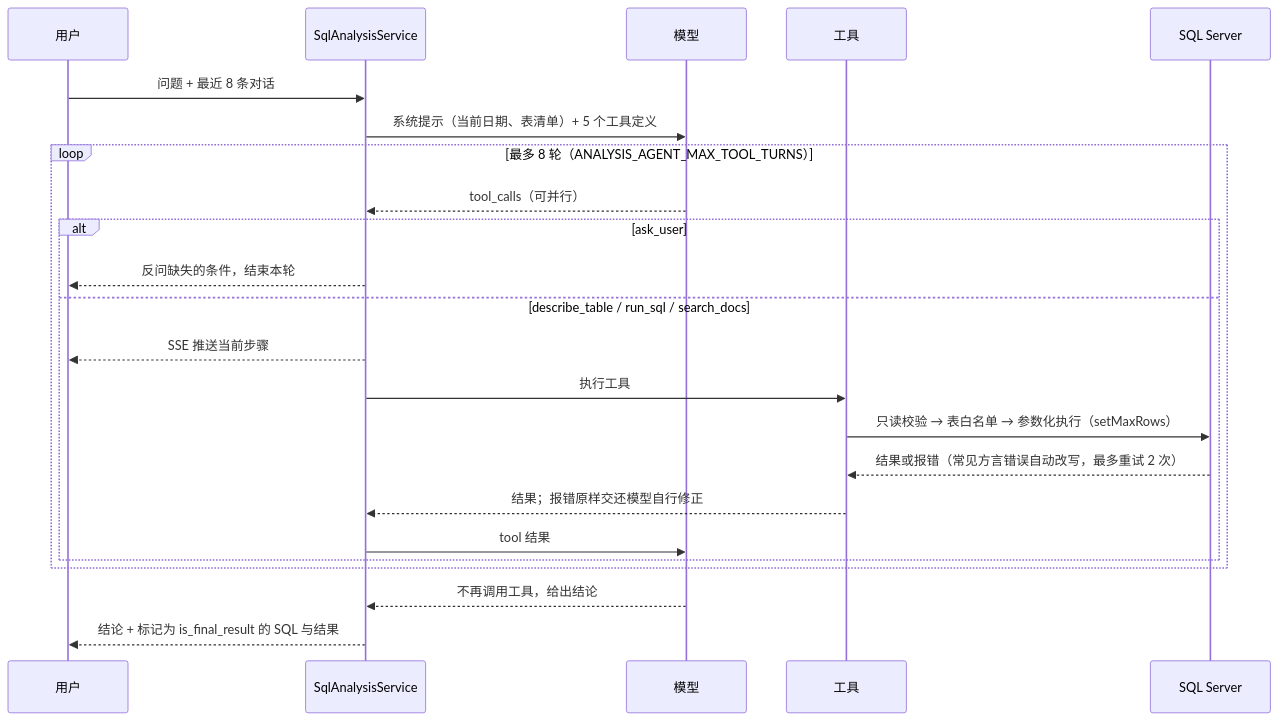
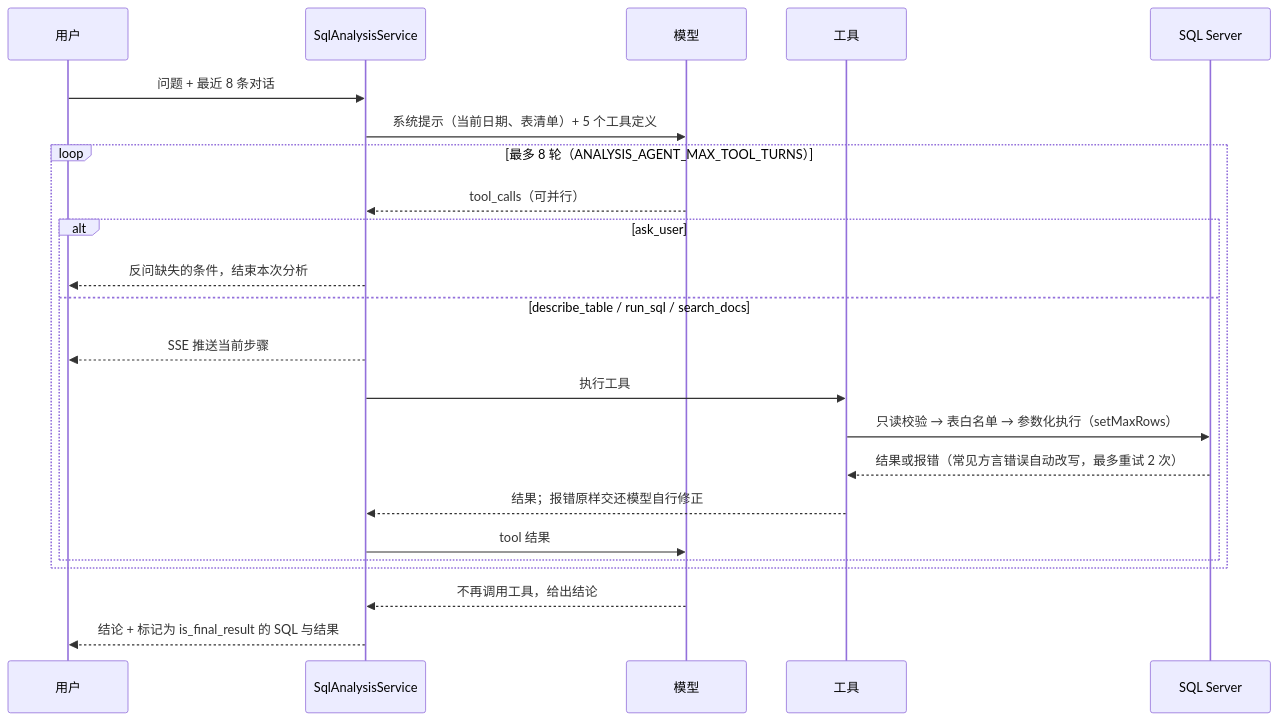
Before and after one commit to xiyunian1/ai-project: the second of 4 diagrams in README.md, drawn with Mermaid. The commit also changed other lines of this file, not shown here.

Commit message:
Tidy README architecture diagram layouts

````diff
--- a/README.md
+++ b/README.md
@@ -36,25 +36,25 @@
 ```mermaid
 sequenceDiagram
     participant U as 用户
     participant S as SqlAnalysisService
     participant M as 模型
     participant T as 工具
     participant DB as SQL Server
     U->>S: 问题 + 最近 8 条对话
     S->>M: 系统提示（当前日期、表清单）+ 5 个工具定义
     loop 最多 8 轮（ANALYSIS_AGENT_MAX_TOOL_TURNS）
         M-->>S: tool_calls（可并行）
         alt ask_user
-            S-->>U: 反问缺失的条件，结束本轮
+            S-->>U: 反问缺失的条件，结束本次分析
         else describe_table / run_sql / search_docs
             S-->>U: SSE 推送当前步骤
             S->>T: 执行工具
             T->>DB: 只读校验 → 表白名单 → 参数化执行（setMaxRows）
             DB-->>T: 结果或报错（常见方言错误自动改写，最多重试 2 次）
             T-->>S: 结果；报错原样交还模型自行修正
             S->>M: tool 结果
         end
     end
     M-->>S: 不再调用工具，给出结论
     S-->>U: 结论 + 标记为 is_final_result 的 SQL 与结果
 ```
````
